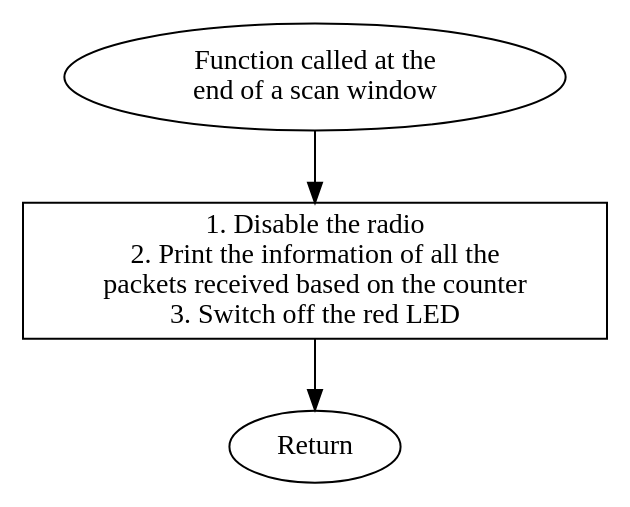
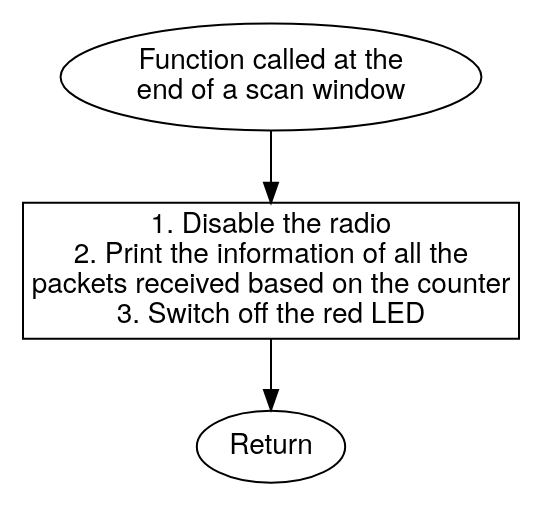
One commit to EarthLord/MasterThesisReport changed the diagram in Images/scanWindow_chart.dot. Above: the diagram before and after it, drawn with Graphviz. The commit also changed 48 other files, not shown here.

```diff
--- a/Images/scanWindow_chart.dot
+++ b/Images/scanWindow_chart.dot
@@ -1,9 +1,9 @@
  digraph scan_window{
-  start [shape = oval,label ="Function called at the \nend of a scan window"]
+  start [shape = oval,label ="Function called at the \nend of a scan window",fontname = "Helvetica Neue"]
  	led_off [shape = box,label ="1. Disable the radio
 2. Print the information of all the
 packets received based on the counter
-3. Switch off the red LED"]
- 	stop [shape = oval, label ="Return"]
+3. Switch off the red LED",fontname = "Helvetica Neue"]
+ 	stop [shape = oval, label ="Return",fontname = "Helvetica Neue"]
  	start->led_off->stop;
  }
```
